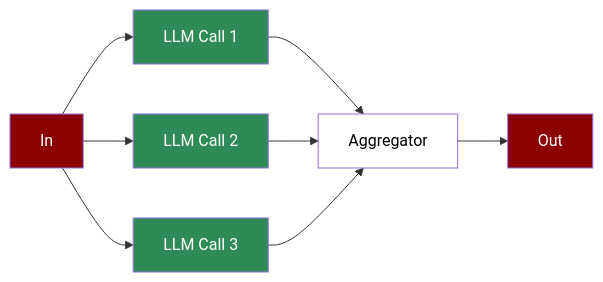
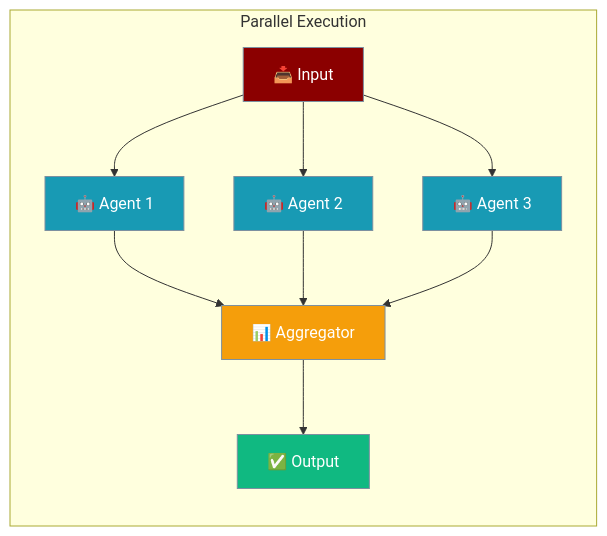
Before and after one commit to MervinPraison/PraisonAIDocs: the diagram in docs/features/parallelisation.mdx, drawn with Mermaid. The commit also changed 6 other files, not shown here.

````diff
--- a/docs/features/parallelisation.mdx
+++ b/docs/features/parallelisation.mdx
@@ -8,17 +8,22 @@
 ```mermaid
-flowchart LR
-    In[In] --> LLM2[LLM Call 2]
-    In --> LLM1[LLM Call 1]
-    In --> LLM3[LLM Call 3]
-    LLM1 --> Aggregator[Aggregator]
-    LLM2 --> Aggregator
-    LLM3 --> Aggregator
-    Aggregator --> Out[Out]
-    
-    style In fill:#8B0000,color:#fff
-    style LLM1 fill:#2E8B57,color:#fff
-    style LLM2 fill:#2E8B57,color:#fff
-    style LLM3 fill:#2E8B57,color:#fff
-    style Aggregator fill:#fff,color:#000
-    style Out fill:#8B0000,color:#fff
+graph LR
+    subgraph "Parallel Execution"
+        In["📥 Input"] --> LLM1["🤖 Agent 1"]
+        In --> LLM2["🤖 Agent 2"]
+        In --> LLM3["🤖 Agent 3"]
+        LLM1 --> Aggregator["📊 Aggregator"]
+        LLM2 --> Aggregator
+        LLM3 --> Aggregator
+        Aggregator --> Out["✅ Output"]
+    end
+
+    classDef input fill:#8B0000,stroke:#7C90A0,color:#fff
+    classDef agent fill:#189AB4,stroke:#7C90A0,color:#fff
+    classDef agg fill:#F59E0B,stroke:#7C90A0,color:#fff
+    classDef output fill:#10B981,stroke:#7C90A0,color:#fff
+
+    class In input
+    class LLM1,LLM2,LLM3 agent
+    class Aggregator agg
+    class Out output
 ```
````
